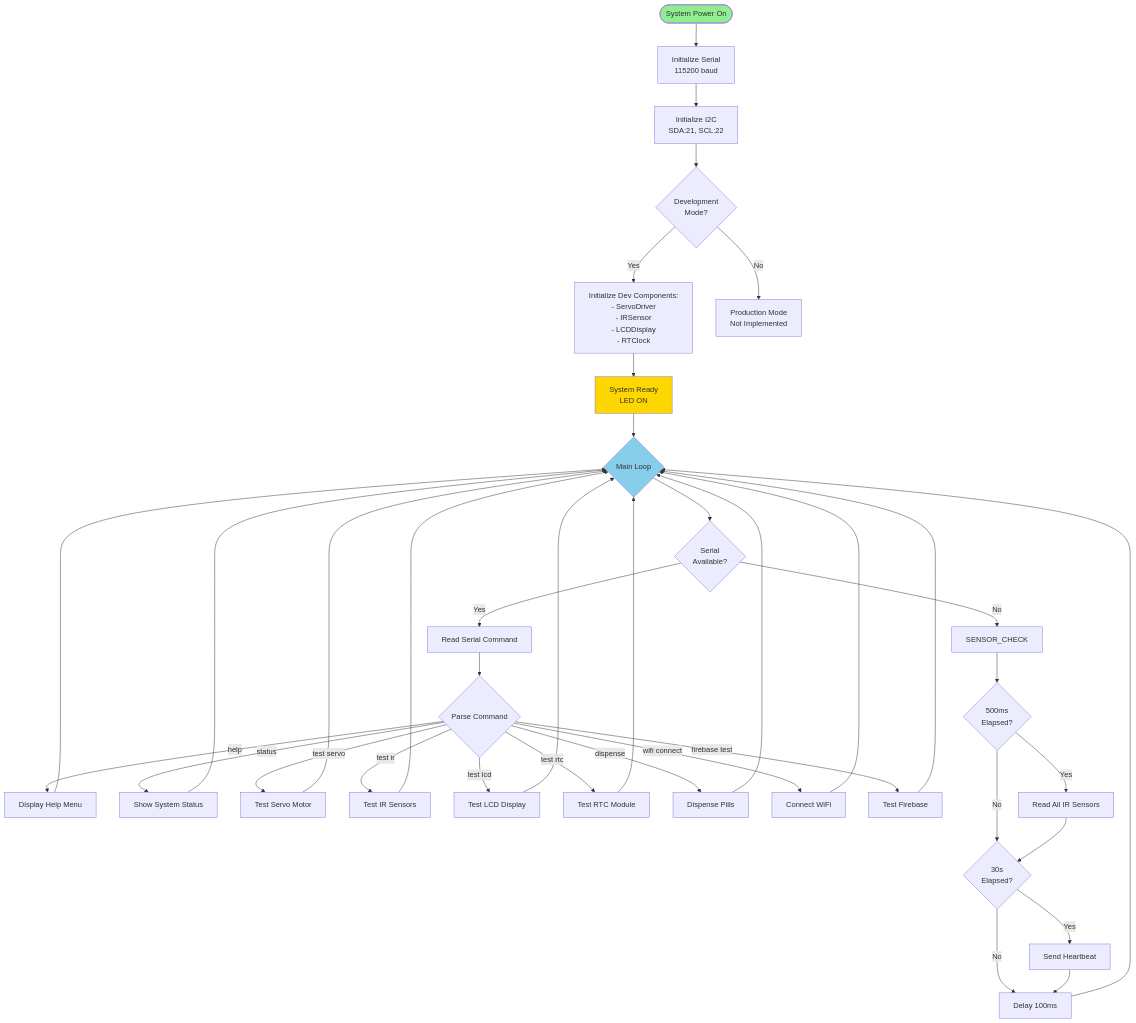
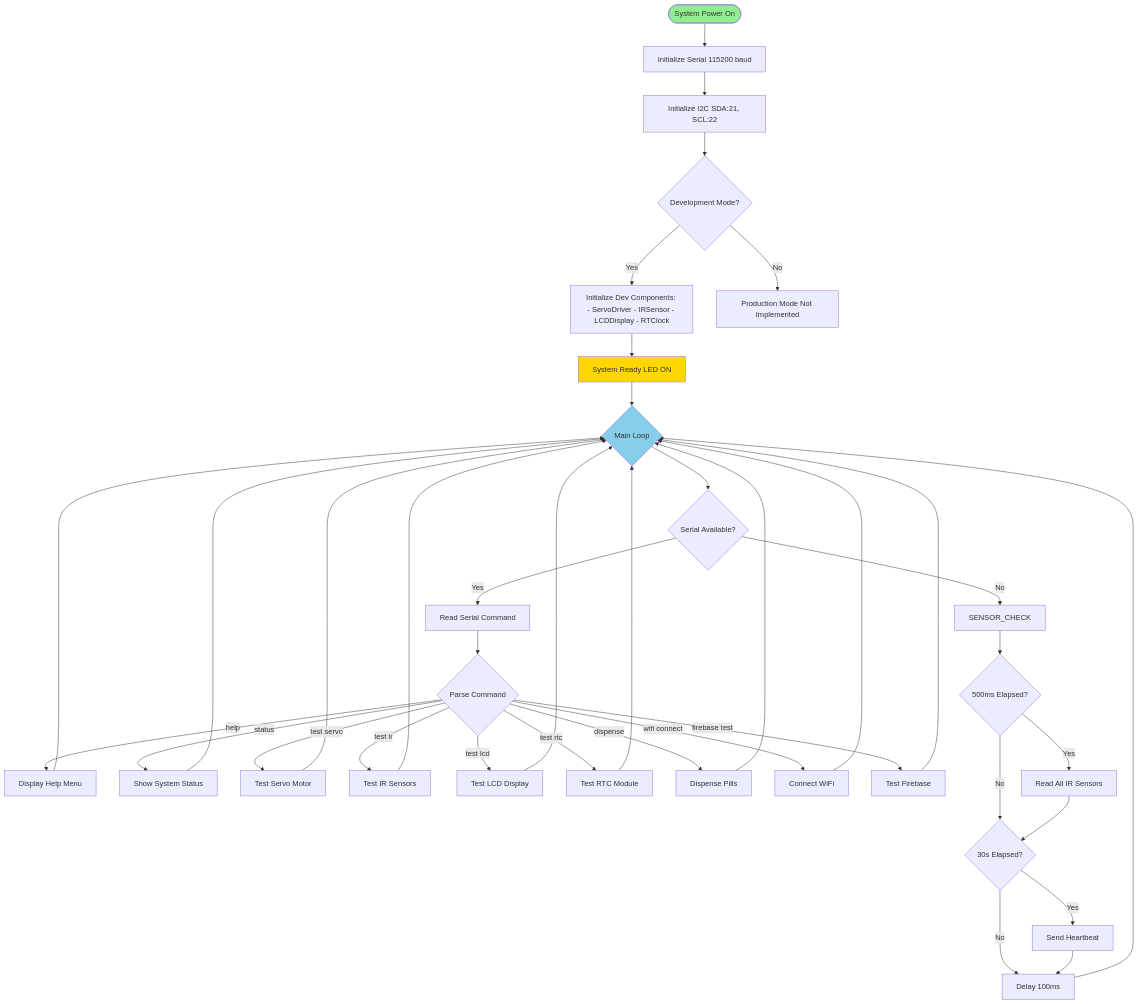
One commit to qppd/Pill-Dispenser-V3 changed the third of 17 diagrams in diagram/MERMAID_DIAGRAMS.md. Above: the diagram before and after it, drawn with Mermaid. The commit also changed other lines of this file, not shown here.

Commit message:
Update Mermaid diagrams with rendering fixes

````diff
--- a/diagram/MERMAID_DIAGRAMS.md
+++ b/diagram/MERMAID_DIAGRAMS.md
@@ -147,52 +147,52 @@
 ```mermaid
 flowchart TD
-    START([System Power On]) --> INIT[Initialize Serial<br/>115200 baud]
-    INIT --> I2C[Initialize I2C<br/>SDA:21, SCL:22]
-    I2C --> MODE{Development<br/>Mode?}
+    START([System Power On]) --> INIT[Initialize Serial 115200 baud]
+    INIT --> I2C[Initialize I2C SDA:21, SCL:22]
+    I2C --> MODE{Development Mode?}
     
-    MODE -->|Yes| DEV_INIT[Initialize Dev Components:<br/>- ServoDriver<br/>- IRSensor<br/>- LCDDisplay<br/>- RTClock]
-    MODE -->|No| PROD_INIT[Production Mode<br/>Not Implemented]
+    MODE -->|Yes| DEV_INIT[Initialize Dev Components: - ServoDriver - IRSensor - LCDDisplay - RTClock]
+    MODE -->|No| PROD_INIT[Production Mode Not Implemented]
     
-    DEV_INIT --> READY[System Ready<br/>LED ON]
+    DEV_INIT --> READY[System Ready LED ON]
     READY --> LOOP{Main Loop}
     
-    LOOP --> SERIAL_CHECK{Serial<br/>Available?}
+    LOOP --> SERIAL_CHECK{Serial Available?}
     SERIAL_CHECK -->|Yes| READ_CMD[Read Serial Command]
     SERIAL_CHECK -->|No| SENSOR_CHECK
     
     READ_CMD --> PARSE{Parse Command}
     PARSE -->|help| SHOW_HELP[Display Help Menu]
     PARSE -->|status| SHOW_STATUS[Show System Status]
     PARSE -->|test servo| TEST_SERVO[Test Servo Motor]
     PARSE -->|test ir| TEST_IR[Test IR Sensors]
     PARSE -->|test lcd| TEST_LCD[Test LCD Display]
     PARSE -->|test rtc| TEST_RTC[Test RTC Module]
     PARSE -->|dispense| DISPENSE[Dispense Pills]
     PARSE -->|wifi connect| WIFI_CONN[Connect WiFi]
     PARSE -->|firebase test| FB_TEST[Test Firebase]
     
     SHOW_HELP --> LOOP
     SHOW_STATUS --> LOOP
     TEST_SERVO --> LOOP
     TEST_IR --> LOOP
     TEST_LCD --> LOOP
     TEST_RTC --> LOOP
     DISPENSE --> LOOP
     WIFI_CONN --> LOOP
     FB_TEST --> LOOP
     
-    SENSOR_CHECK --> TIMER{500ms<br/>Elapsed?}
+    SENSOR_CHECK --> TIMER{500ms Elapsed?}
     TIMER -->|Yes| READ_SENSORS[Read All IR Sensors]
     TIMER -->|No| HEARTBEAT
     
-    READ_SENSORS --> HEARTBEAT{30s<br/>Elapsed?}
+    READ_SENSORS --> HEARTBEAT{30s Elapsed?}
     HEARTBEAT -->|Yes| SEND_HB[Send Heartbeat]
     HEARTBEAT -->|No| DELAY
     
     SEND_HB --> DELAY[Delay 100ms]
     DELAY --> LOOP
     
     style START fill:#90EE90
     style READY fill:#FFD700
     style LOOP fill:#87CEEB
 ```
````
